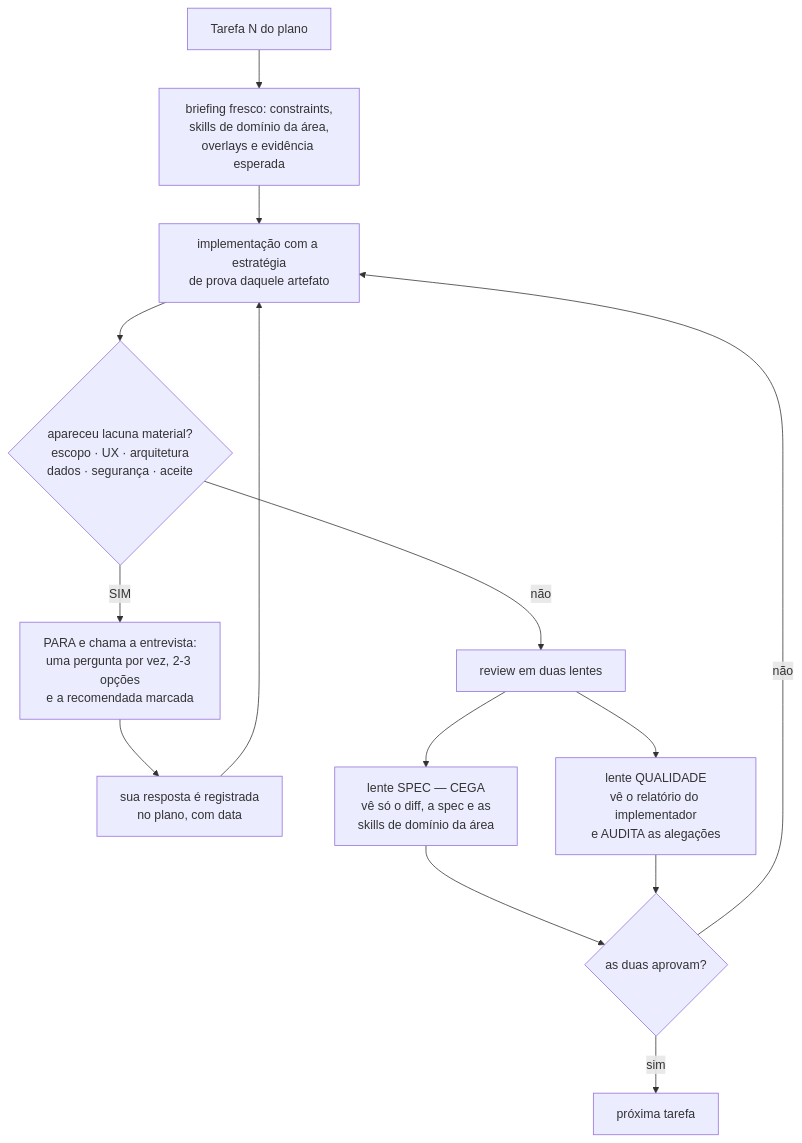
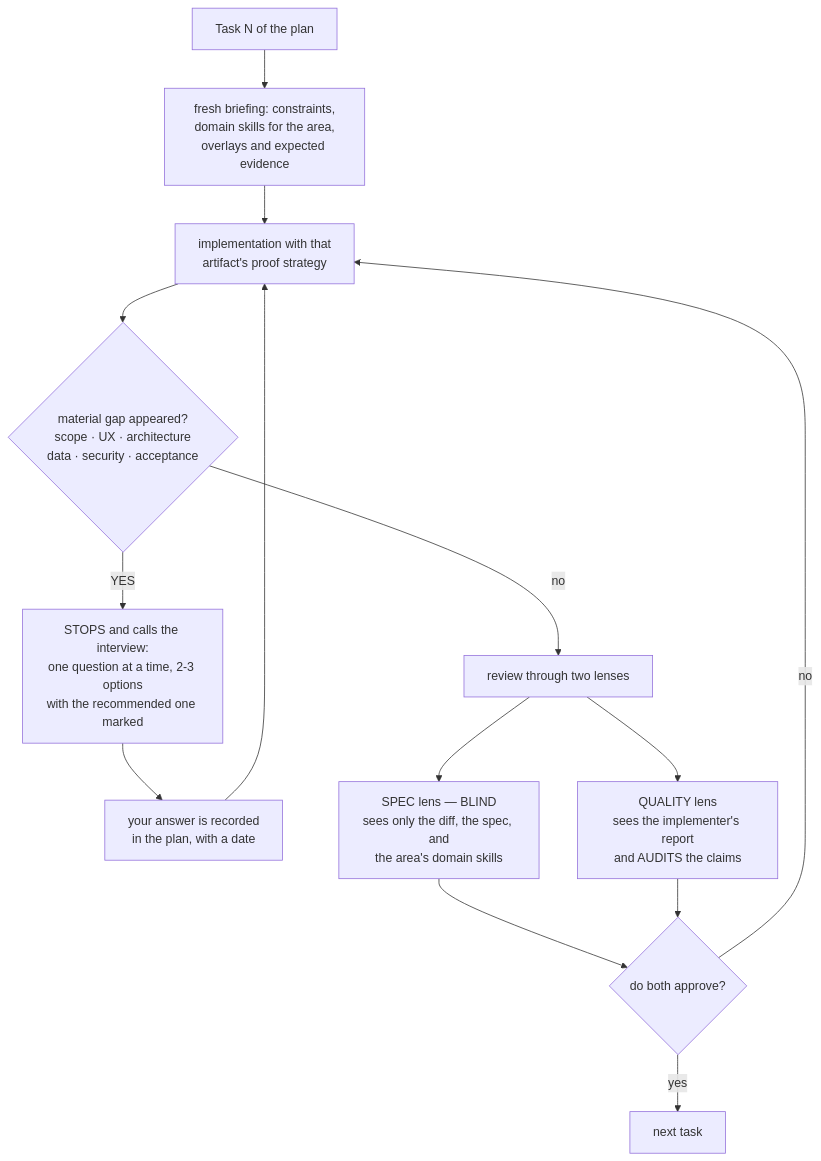
The third of 8 diagrams in README.md (rpelizza/PelizzAI), drawn with Mermaid before and after one commit. The commit also changed other lines of this file and 362 other files, not shown here.

````diff
--- a/README.md
+++ b/README.md
@@ -139,16 +140,16 @@
 ```mermaid
 flowchart TD
-    T["Tarefa N do plano"] --> BRIEF["briefing fresco: constraints,<br/>skills de domínio da área,<br/>overlays e evidência esperada"]
-    BRIEF --> IMPL["implementação com a estratégia<br/>de prova daquele artefato"]
-    IMPL --> GAP{"apareceu lacuna material?<br/>escopo · UX · arquitetura<br/>dados · segurança · aceite"}
-    GAP -- "SIM" --> IV["PARA e chama a entrevista:<br/>uma pergunta por vez, 2-3 opções<br/>e a recomendada marcada"]
-    IV --> REG["sua resposta é registrada<br/>no plano, com data"]
+    T["Task N of the plan"] --> BRIEF["fresh briefing: constraints,<br/>domain skills for the area,<br/>overlays and expected evidence"]
+    BRIEF --> IMPL["implementation with that<br/>artifact's proof strategy"]
+    IMPL --> GAP{"material gap appeared?<br/>scope · UX · architecture<br/>data · security · acceptance"}
+    GAP -- "YES" --> IV["STOPS and calls the interview:<br/>one question at a time, 2-3 options<br/>with the recommended one marked"]
+    IV --> REG["your answer is recorded<br/>in the plan, with a date"]
     REG --> IMPL
-    GAP -- "não" --> REV["review em duas lentes"]
-    REV --> L1["lente SPEC — CEGA<br/>vê só o diff, a spec e as<br/>skills de domínio da área"]
-    REV --> L2["lente QUALIDADE<br/>vê o relatório do implementador<br/>e AUDITA as alegações"]
-    L1 --> OK{"as duas aprovam?"}
+    GAP -- "no" --> REV["review through two lenses"]
+    REV --> L1["SPEC lens — BLIND<br/>sees only the diff, the spec, and<br/>the area's domain skills"]
+    REV --> L2["QUALITY lens<br/>sees the implementer's report<br/>and AUDITS the claims"]
+    L1 --> OK{"do both approve?"}
     L2 --> OK
-    OK -- "não" --> IMPL
-    OK -- "sim" --> NEXT["próxima tarefa"]
+    OK -- "no" --> IMPL
+    OK -- "yes" --> NEXT["next task"]
 ```
````
